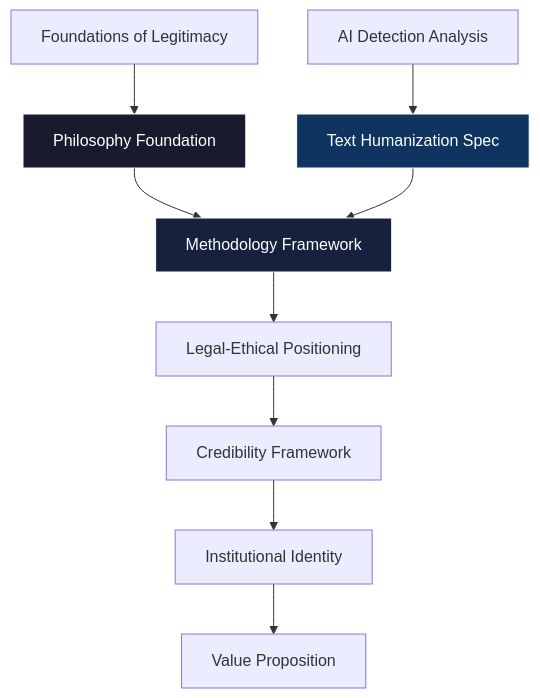
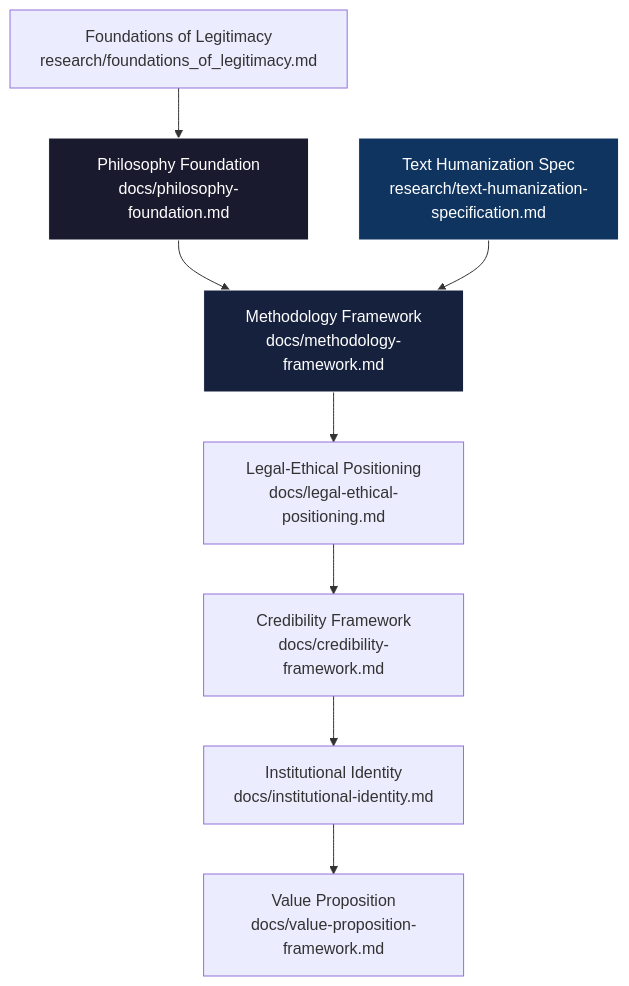
Before and after one commit to AXI0MH1VE/Grossi-School: the diagram in ARCHITECTURE.md, drawn with Mermaid. The commit also changed other lines of this file and 1 other file, not shown here.

Commit message:
feat: Add computational linguistic analysis research document and refine the project architecture documentation with updated structure and cross-references.

````diff
--- a/ARCHITECTURE.md
+++ b/ARCHITECTURE.md
@@ -70,16 +67,15 @@
 ```mermaid
 graph TD
-    A[Philosophy Foundation] --> B[Methodology Framework]
-    B --> C[Legal-Ethical Positioning]
-    C --> D[Credibility Framework]
-    D --> E[Institutional Identity]
-    E --> F[Value Proposition]
+    A[Philosophy Foundation<br/>docs/philosophy-foundation.md] --> B[Methodology Framework<br/>docs/methodology-framework.md]
+    B --> C[Legal-Ethical Positioning<br/>docs/legal-ethical-positioning.md]
+    C --> D[Credibility Framework<br/>docs/credibility-framework.md]
+    D --> E[Institutional Identity<br/>docs/institutional-identity.md]
+    E --> F[Value Proposition<br/>docs/value-proposition-framework.md]
     
-    G[Text Humanization Spec] --> B
-    H[Foundations of Legitimacy] --> A
-    I[AI Detection Analysis] --> G
+    G[Text Humanization Spec<br/>research/text-humanization-specification.md] --> B
+    H[Foundations of Legitimacy<br/>research/foundations_of_legitimacy.md] --> A
     
     style A fill:#1a1a2e,stroke:#fff,color:#fff
     style B fill:#16213e,stroke:#fff,color:#fff
     style G fill:#0f3460,stroke:#fff,color:#fff
 ```
````
